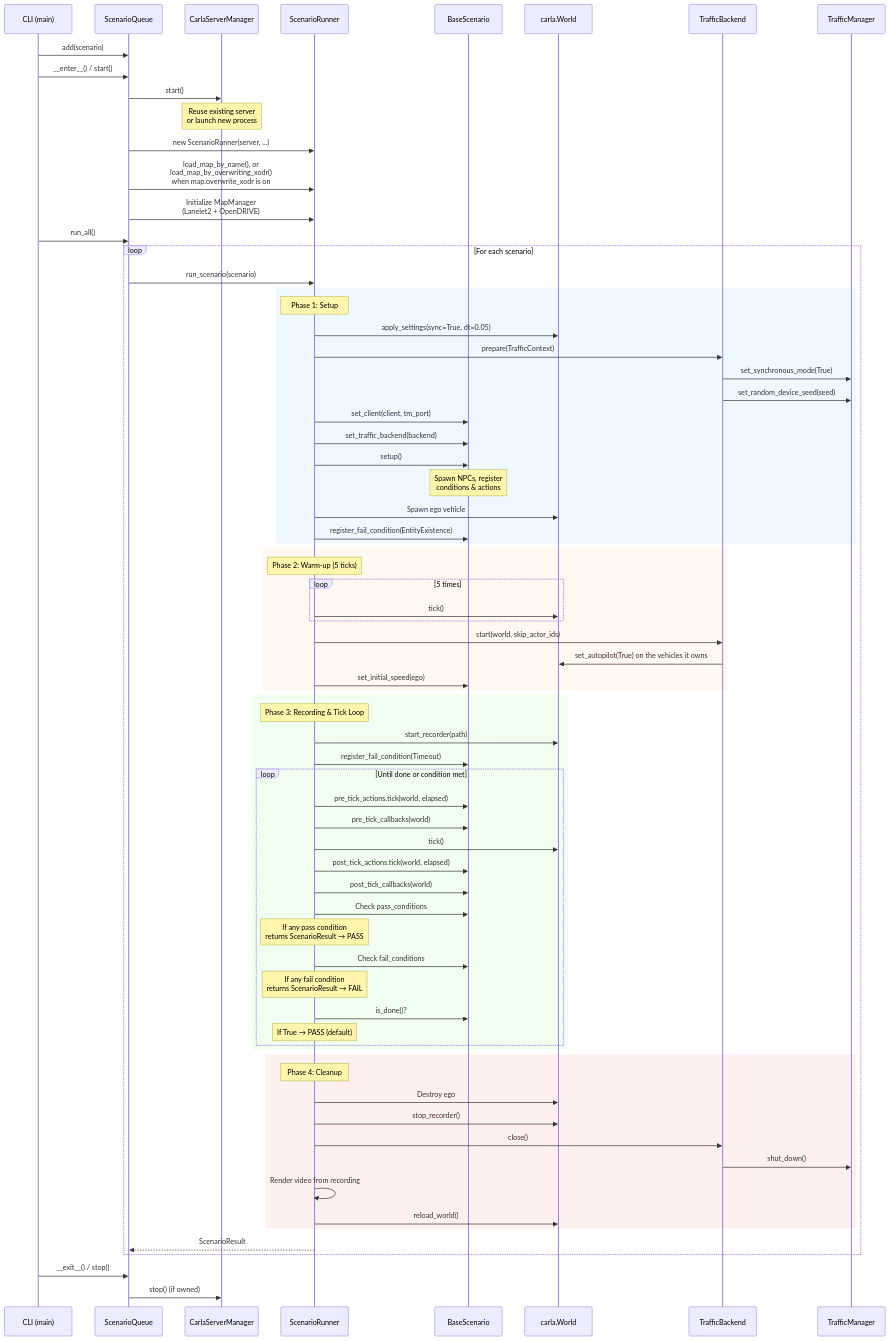
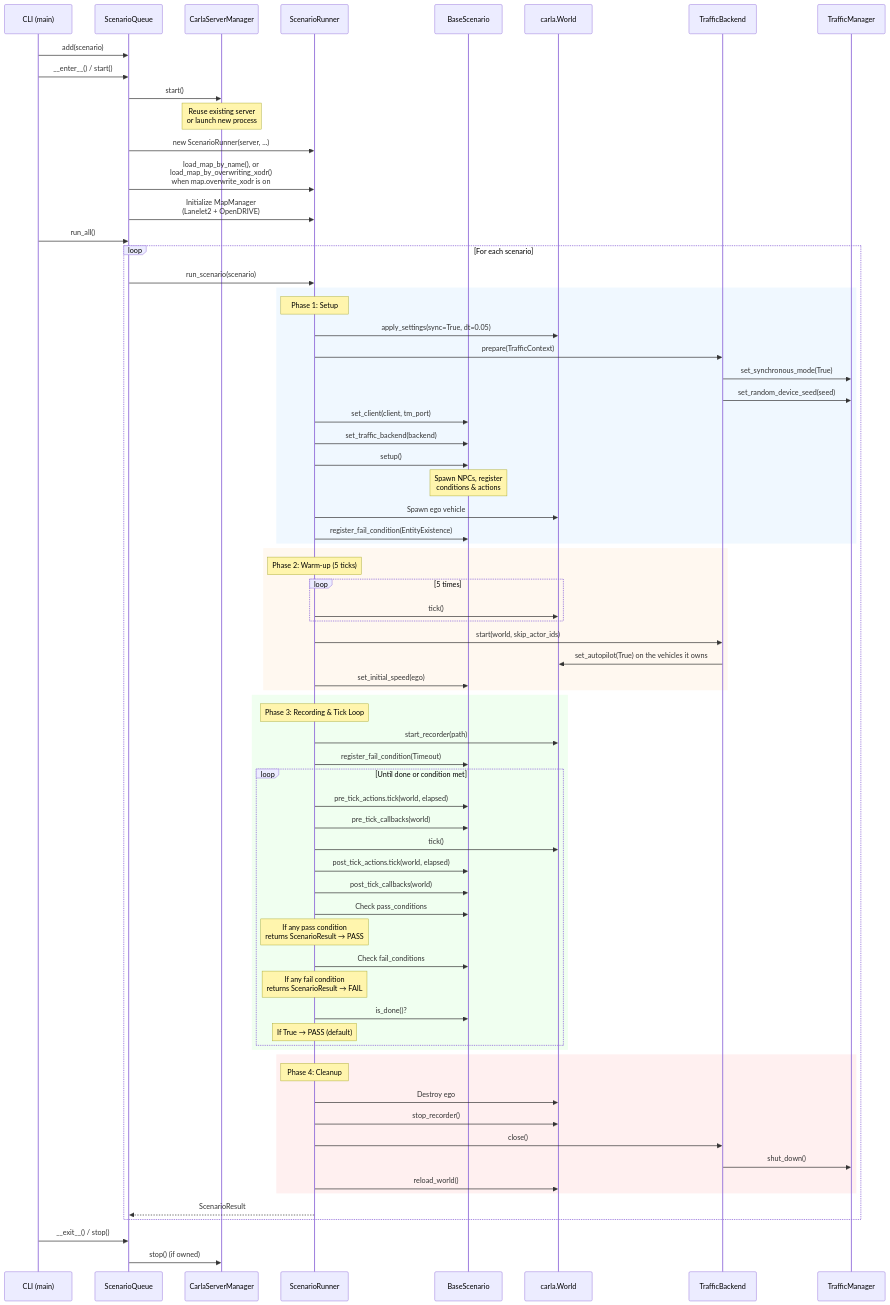
One commit to autowarefoundation/autoware_carla_scenario changed the third of 13 diagrams in autoware_carla_scenario/docs/architecture.md. Above: the diagram before and after it, drawn with Mermaid. The commit also changed other lines of this file and 45 other files, not shown here.

````diff
--- a/autoware_carla_scenario/docs/architecture.md
+++ b/autoware_carla_scenario/docs/architecture.md
@@ -125,82 +125,81 @@
 ```mermaid
 sequenceDiagram
     participant CLI as CLI (main)
     participant SQ as ScenarioQueue
     participant CSM as CarlaServerManager
     participant SR as ScenarioRunner
     participant BS as BaseScenario
     participant W as carla.World
     participant TB as TrafficBackend
     participant TM as TrafficManager
 
     CLI->>SQ: add(scenario)
     CLI->>SQ: __enter__() / start()
     SQ->>CSM: start()
     Note over CSM: Reuse existing server<br/>or launch new process
     SQ->>SR: new ScenarioRunner(server, ...)
     SQ->>SR: load_map_by_name(), or<br/>load_map_by_overwriting_xodr()<br/>when map.overwrite_xodr is on
     SQ->>SR: Initialize MapManager<br/>(Lanelet2 + OpenDRIVE)
 
     CLI->>SQ: run_all()
     loop For each scenario
         SQ->>SR: run_scenario(scenario)
 
         rect rgb(240, 248, 255)
             Note over SR: Phase 1: Setup
             SR->>W: apply_settings(sync=True, dt=0.05)
             SR->>TB: prepare(TrafficContext)
             TB->>TM: set_synchronous_mode(True)
             TB->>TM: set_random_device_seed(seed)
             SR->>BS: set_client(client, tm_port)
             SR->>BS: set_traffic_backend(backend)
             SR->>BS: setup()
             Note over BS: Spawn NPCs, register<br/>conditions & actions
             SR->>W: Spawn ego vehicle
             SR->>BS: register_fail_condition(EntityExistence)
         end
 
         rect rgb(255, 248, 240)
             Note over SR: Phase 2: Warm-up (5 ticks)
             loop 5 times
                 SR->>W: tick()
             end
             SR->>TB: start(world, skip_actor_ids)
             TB->>W: set_autopilot(True) on the vehicles it owns
             SR->>BS: set_initial_speed(ego)
         end
 
         rect rgb(240, 255, 240)
             Note over SR: Phase 3: Recording & Tick Loop
             SR->>W: start_recorder(path)
             SR->>BS: register_fail_condition(Timeout)
             loop Until done or condition met
                 SR->>BS: pre_tick_actions.tick(world, elapsed)
                 SR->>BS: pre_tick_callbacks(world)
                 SR->>W: tick()
                 SR->>BS: post_tick_actions.tick(world, elapsed)
                 SR->>BS: post_tick_callbacks(world)
                 SR->>BS: Check pass_conditions
                 Note over SR: If any pass condition<br/>returns ScenarioResult → PASS
                 SR->>BS: Check fail_conditions
                 Note over SR: If any fail condition<br/>returns ScenarioResult → FAIL
                 SR->>BS: is_done()?
                 Note over SR: If True → PASS (default)
             end
         end
 
         rect rgb(255, 240, 240)
             Note over SR: Phase 4: Cleanup
             SR->>W: Destroy ego
             SR->>W: stop_recorder()
             SR->>TB: close()
             TB->>TM: shut_down()
-            SR->>SR: Render video from recording
             SR->>W: reload_world()
         end
 
         SR-->>SQ: ScenarioResult
     end
 
     CLI->>SQ: __exit__() / stop()
     SQ->>CSM: stop() (if owned)
 ```
````
